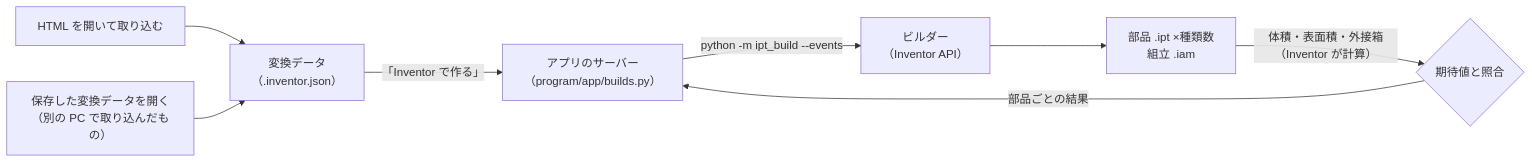
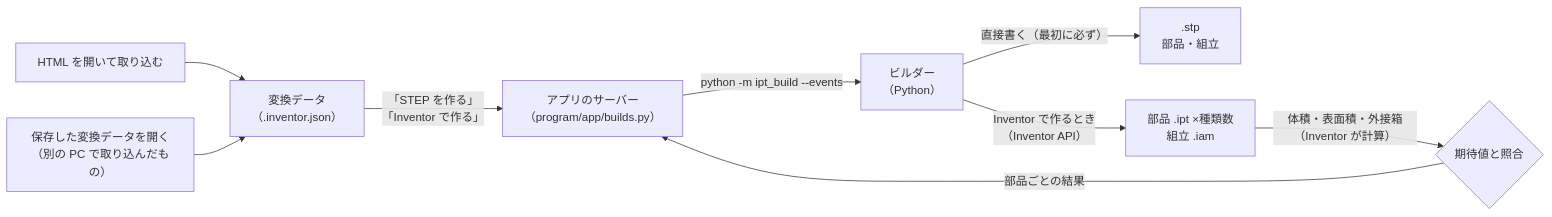
One commit to satoshi-hello-vlioilv/Inventor changed the diagram in docs/inventor-builder.md. Above: the diagram before and after it, drawn with Mermaid. The commit also changed other lines of this file and 44 other files, not shown here.

````diff
--- a/docs/inventor-builder.md
+++ b/docs/inventor-builder.md
@@ -5,10 +6,11 @@
 ```mermaid
 flowchart LR
   H["HTML を開いて取り込む"] --> SPEC["変換データ<br/>（.inventor.json）"]
   J["保存した変換データを開く<br/>（別の PC で取り込んだもの）"] --> SPEC
-  SPEC -- "「Inventor で作る」" --> SRV["アプリのサーバー<br/>（program/app/builds.py）"]
-  SRV -- "python -m ipt_build --events" --> B["ビルダー<br/>（Inventor API）"]
-  B --> C["部品 .ipt ×種類数<br/>組立 .iam"]
+  SPEC -- "「STEP を作る」<br/>「Inventor で作る」" --> SRV["アプリのサーバー<br/>（program/app/builds.py）"]
+  SRV -- "python -m ipt_build --events" --> B["ビルダー<br/>（Python）"]
+  B -- "直接書く（最初に必ず）" --> S[".stp<br/>部品・組立"]
+  B -- "Inventor で作るとき<br/>（Inventor API）" --> C["部品 .ipt ×種類数<br/>組立 .iam"]
   C -- "体積・表面積・外接箱（Inventor が計算）" --> D{"期待値と照合"}
   D -- "部品ごとの結果" --> SRV
 ```
````
